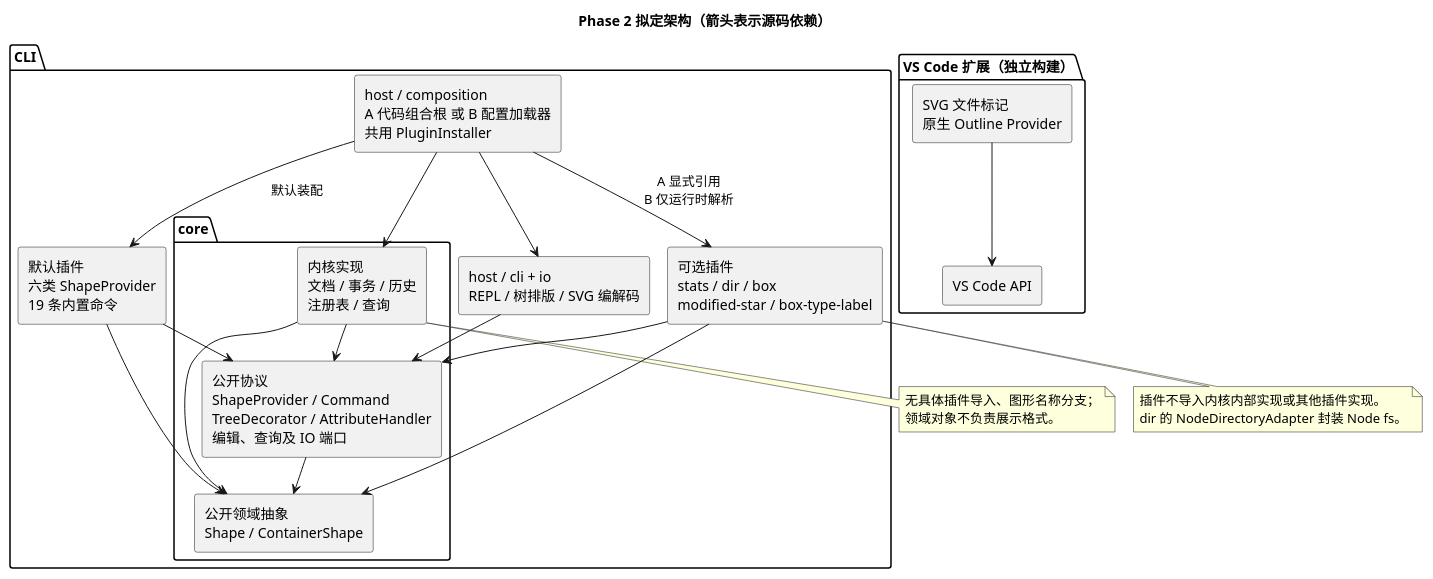
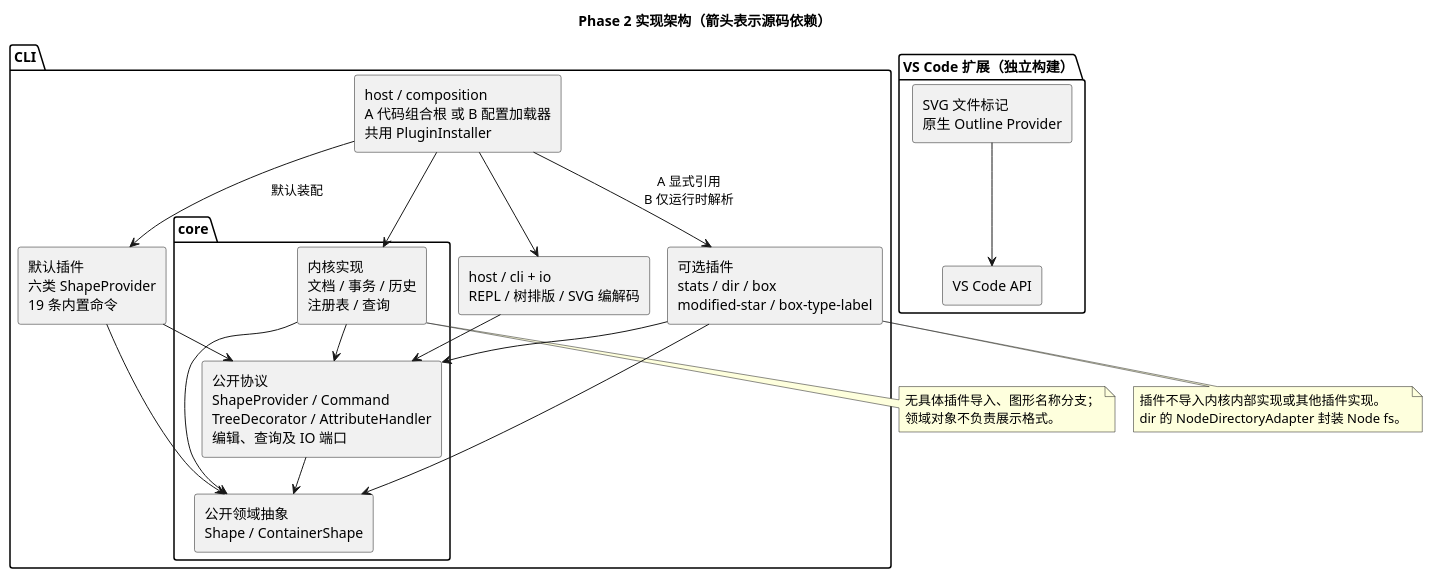
One commit to xinyue-huang0710/2026software-design-pj_hxy changed the diagram in doc/diagrams/phase2-architecture.puml. Above: the diagram before and after it, drawn with PlantUML. The commit also changed 13 other files, not shown here.

```diff
--- a/doc/diagrams/phase2-architecture.puml
+++ b/doc/diagrams/phase2-architecture.puml
@@ -1,43 +1,43 @@
 @startuml
 !pragma layout smetana
 skinparam defaultFontName Microsoft YaHei
 skinparam backgroundColor white
 skinparam componentStyle rectangle
-title Phase 2 拟定架构（箭头表示源码依赖）
+title Phase 2 实现架构（箭头表示源码依赖）
 package "CLI" {
   component "host / composition\nA 代码组合根 或 B 配置加载器\n共用 PluginInstaller" as Host
   component "host / cli + io\nREPL / 树排版 / SVG 编解码" as IO
   package "core" {
     component "公开协议\nShapeProvider / Command\nTreeDecorator / AttributeHandler\n编辑、查询及 IO 端口" as API
     component "内核实现\n文档 / 事务 / 历史\n注册表 / 查询" as Core
     component "公开领域抽象\nShape / ContainerShape" as Domain
   }
   component "默认插件\n六类 ShapeProvider\n19 条内置命令" as Builtin
   component "可选插件\nstats / dir / box\nmodified-star / box-type-label" as Optional
 }
 package "VS Code 扩展（独立构建）" {
   component "SVG 文件标记\n原生 Outline Provider" as VSPlugin
   component "VS Code API" as VSAPI
 }
 Host --> IO
 Host --> Core
 Host --> Builtin : 默认装配
 Host --> Optional : A 显式引用\nB 仅运行时解析
 IO --> API
 Core --> API
 Core --> Domain
 API --> Domain
 Builtin --> API
 Builtin --> Domain
 Optional --> API
 Optional --> Domain
 VSPlugin --> VSAPI
 note bottom of Optional
   插件不导入内核内部实现或其他插件实现。
   dir 的 NodeDirectoryAdapter 封装 Node fs。
 end note
 note bottom of Core
   无具体插件导入、图形名称分支；
   领域对象不负责展示格式。
 end note
 @enduml
```
